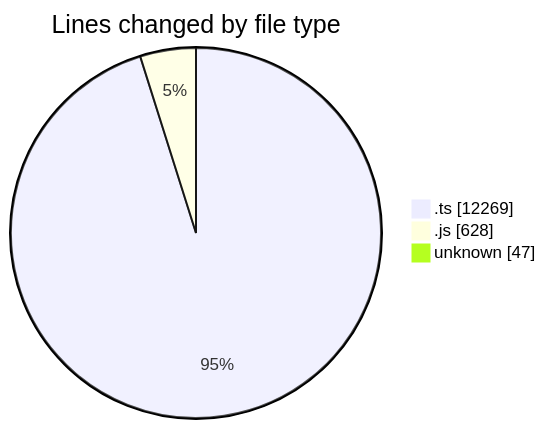
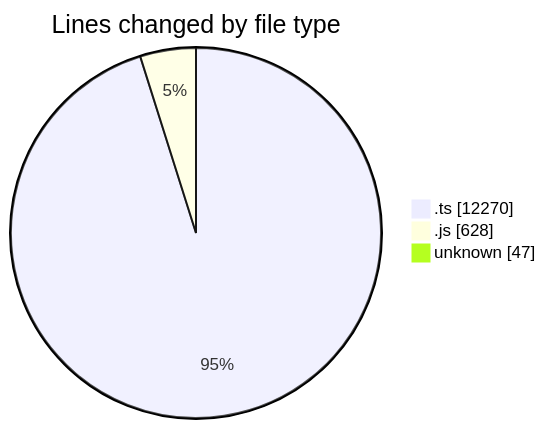
The first of 2 diagrams in 2025-09-05/cda/README.md (momahboobian/code-tracking), drawn with Mermaid before and after one commit. The commit also changed other lines of this file and 1 other file, not shown here.

````diff
--- a/2025-09-05/cda/README.md
+++ b/2025-09-05/cda/README.md
@@ -25,7 +25,7 @@
 ```mermaid
 pie showData
 title Lines changed by file type
-".ts" : 12269
+".ts" : 12270
 ".js" : 628
 "unknown" : 47
 ```
````
